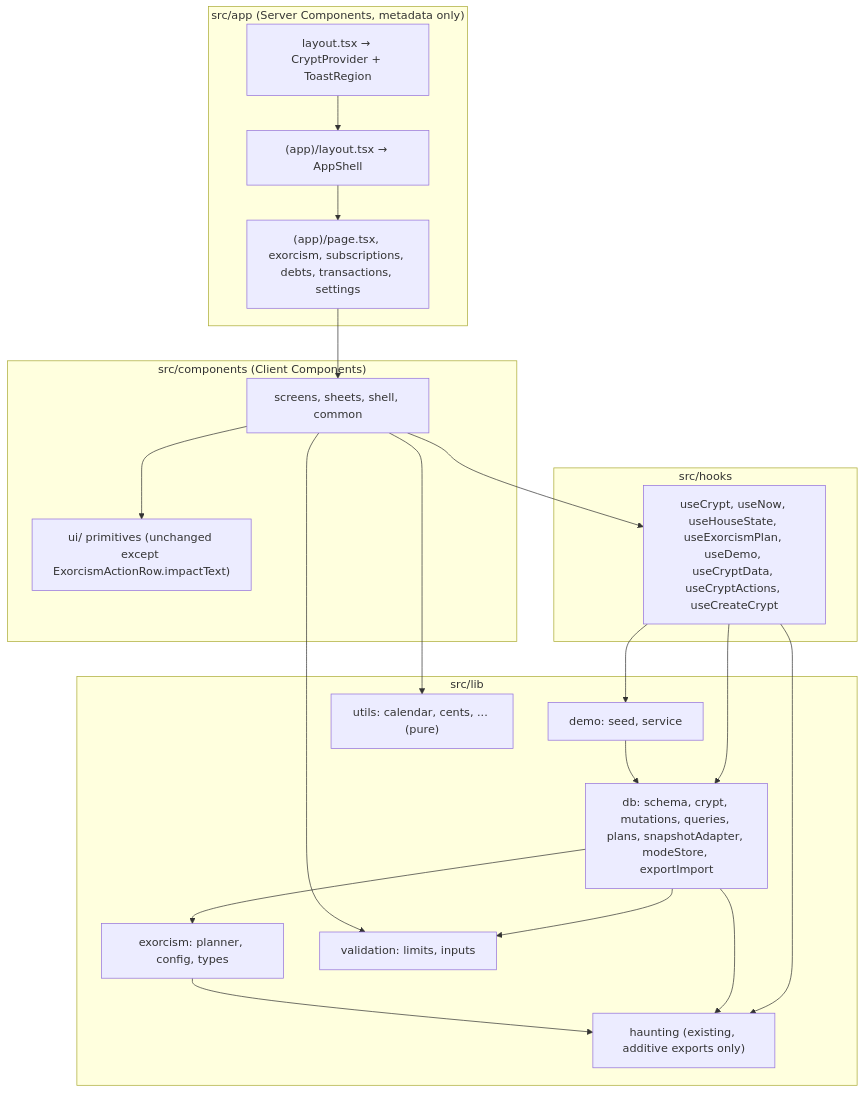
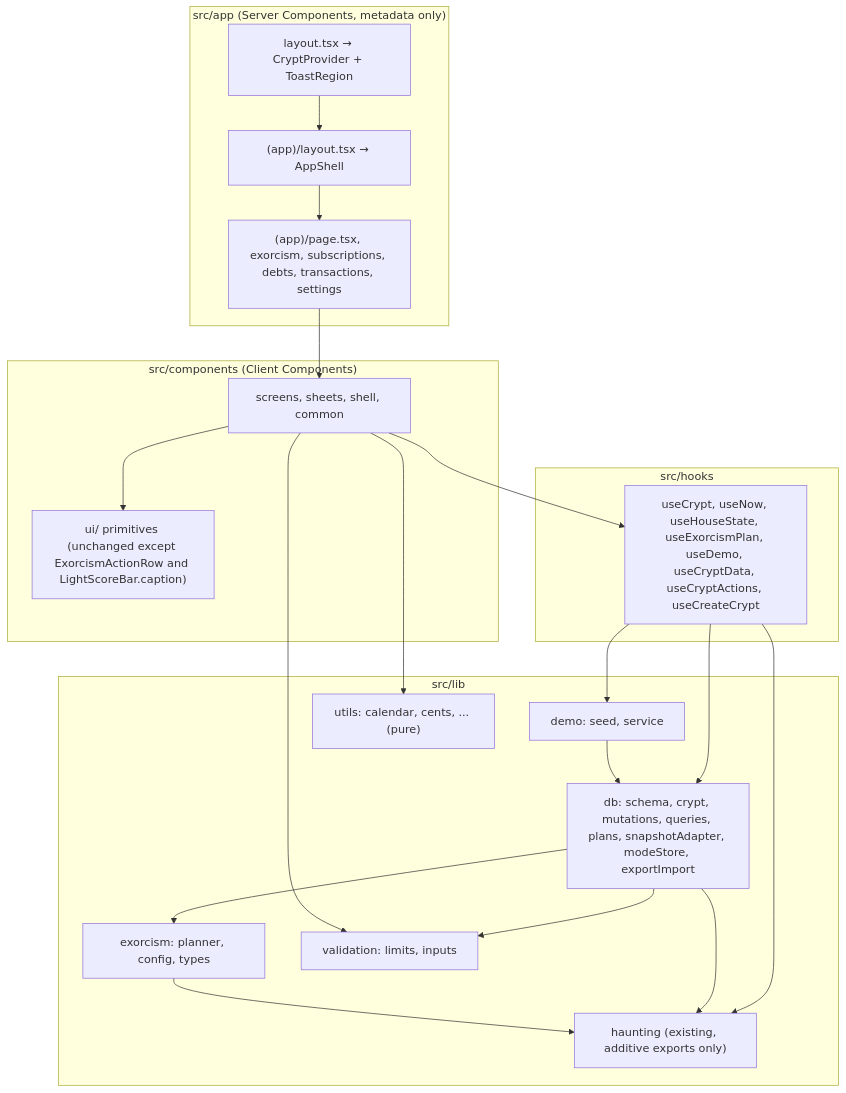
Before and after one commit to loubyl/CashCrypt: the first of 2 diagrams in .kiro/specs/app-screens/design.md, drawn with Mermaid. The commit also changed other lines of this file and 16 other files, not shown here.

````diff
--- a/.kiro/specs/app-screens/design.md
+++ b/.kiro/specs/app-screens/design.md
@@ -43,36 +43,36 @@
 ```mermaid
 flowchart TD
   subgraph Pages["src/app (Server Components, metadata only)"]
     RootLayout["layout.tsx → CryptProvider + ToastRegion"]
     AppGroup["(app)/layout.tsx → AppShell"]
     Routes["(app)/page.tsx, exorcism, subscriptions, debts, transactions, settings"]
   end
   subgraph Components["src/components (Client Components)"]
     Screens["screens, sheets, shell, common"]
-    UI["ui/ primitives (unchanged except ExorcismActionRow.impactText)"]
+    UI["ui/ primitives (unchanged except ExorcismActionRow and LightScoreBar.caption)"]
   end
   subgraph Hooks["src/hooks"]
     H["useCrypt, useNow, useHouseState, useExorcismPlan, useDemo, useCryptData, useCryptActions, useCreateCrypt"]
   end
   subgraph Lib["src/lib"]
     DB["db: schema, crypt, mutations, queries, plans, snapshotAdapter, modeStore, exportImport"]
     Demo["demo: seed, service"]
     Planner["exorcism: planner, config, types"]
     Engine["haunting (existing, additive exports only)"]
     Val["validation: limits, inputs"]
     Utils["utils: calendar, cents, ... (pure)"]
   end
   RootLayout --> AppGroup --> Routes --> Screens
   Screens --> UI
   Screens --> H
   H --> DB
   H --> Demo
   H --> Engine
   DB --> Val
   DB --> Planner
   DB --> Engine
   Demo --> DB
   Planner --> Engine
   Screens --> Utils
   Screens --> Val
 ```
````
